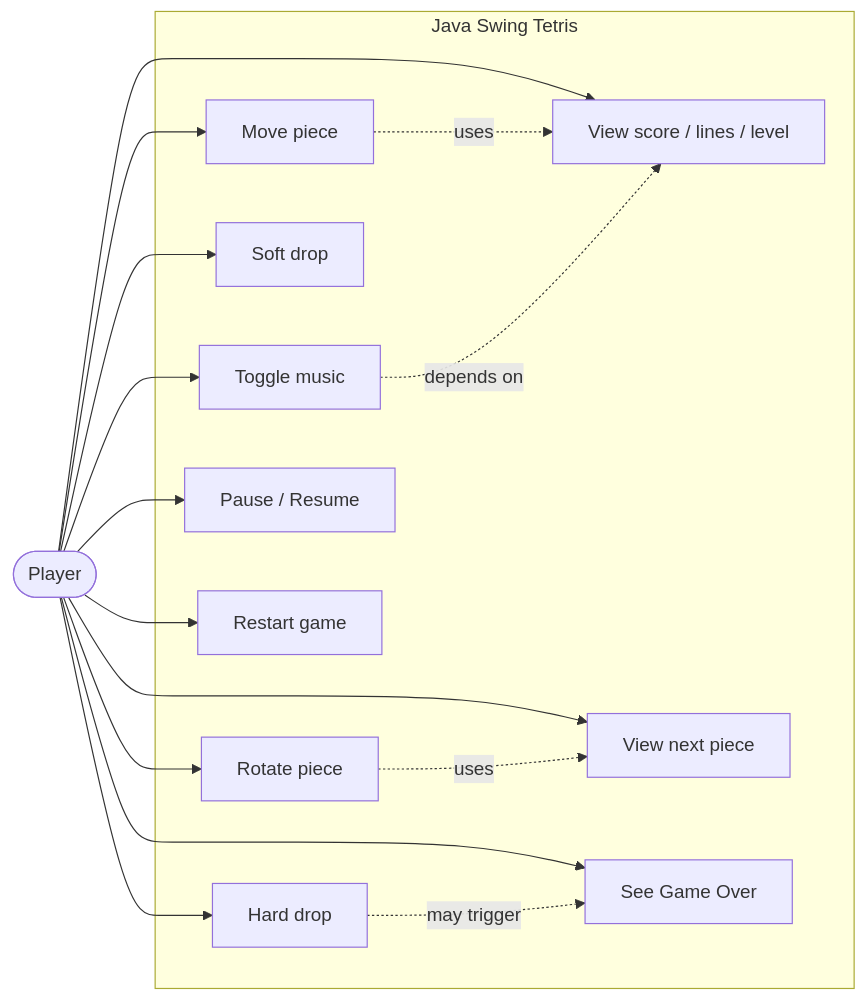
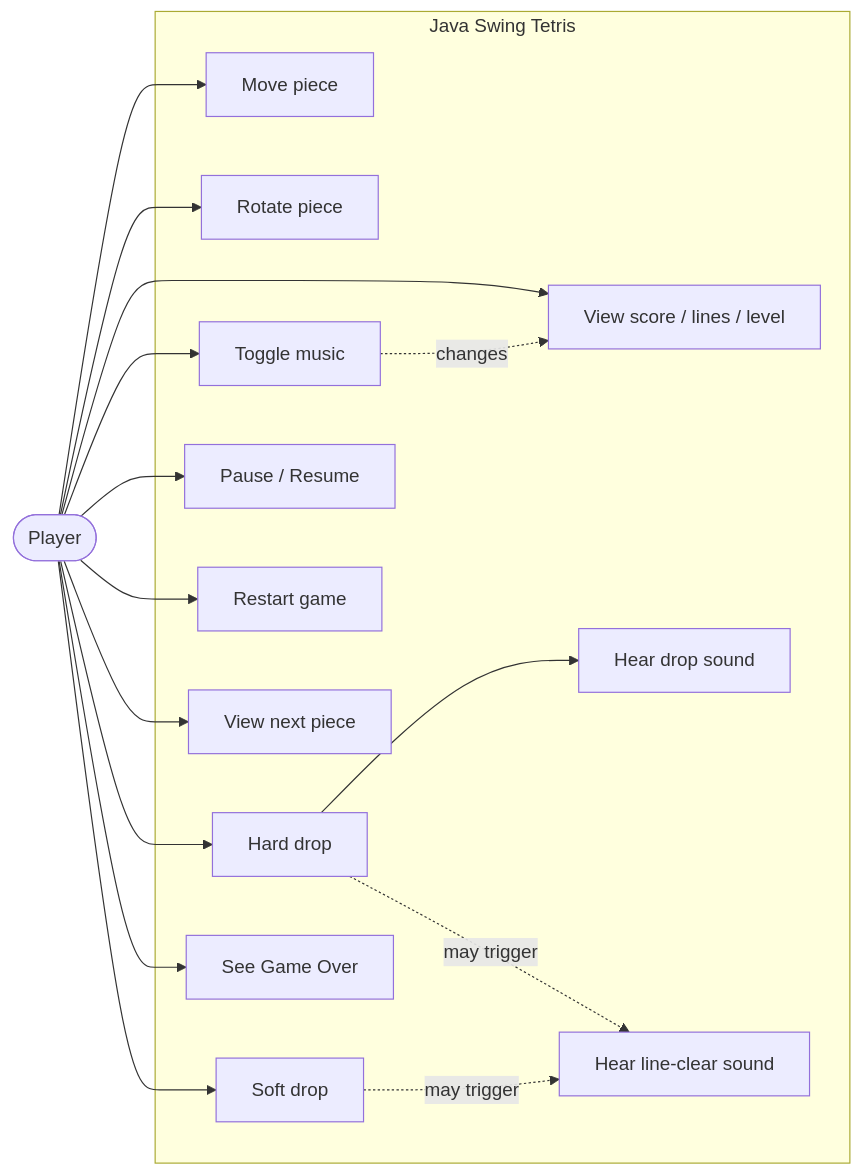
One commit to sheng-luen-chung/java-swing-tetris changed the second of 7 diagrams in docs/uml-class-design.md. Above: the diagram before and after it, drawn with Mermaid. The commit also changed other lines of this file, not shown here.

Commit message:
更新 UML 設計文件

````diff
--- a/docs/uml-class-design.md
+++ b/docs/uml-class-design.md
@@ -166,33 +204,35 @@
 ```mermaid
 flowchart LR
     Player([Player])
 
     subgraph TetrisGame["Java Swing Tetris"]
         Move["Move piece"]
         Rotate["Rotate piece"]
         SoftDrop["Soft drop"]
         HardDrop["Hard drop"]
         Pause["Pause / Resume"]
         Restart["Restart game"]
         ViewInfo["View score / lines / level"]
         Preview["View next piece"]
         ToggleMusic["Toggle music"]
+        HearDrop["Hear drop sound"]
+        HearClear["Hear line-clear sound"]
         GameOver["See Game Over"]
     end
 
     Player --> Move
     Player --> Rotate
     Player --> SoftDrop
     Player --> HardDrop
     Player --> Pause
     Player --> Restart
     Player --> ViewInfo
     Player --> Preview
     Player --> ToggleMusic
     Player --> GameOver
 
-    HardDrop -. may trigger .-> GameOver
-    Move -. uses .-> ViewInfo
-    Rotate -. uses .-> Preview
-    ToggleMusic -. depends on .-> ViewInfo
+    HardDrop --> HearDrop
+    HardDrop -. may trigger .-> HearClear
+    SoftDrop -. may trigger .-> HearClear
+    ToggleMusic -. changes .-> ViewInfo
 ```
````
